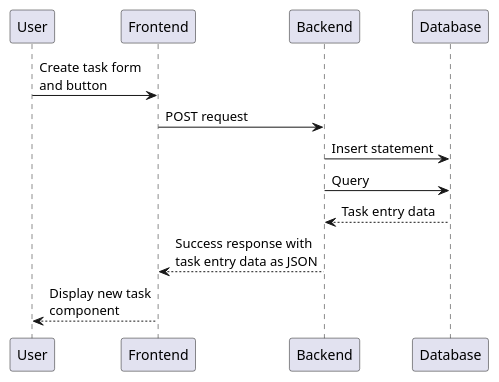
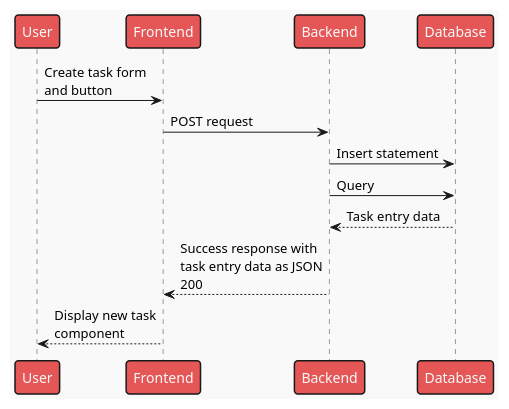
One commit to Toby-Rea/planner changed the third of 18 diagrams in docs/Sequences.puml. Above: the diagram before and after it, drawn with PlantUML. The commit also changed other lines of this file and 18 other files, not shown here.

Commit message:
added 404 responses to appropriate sequences and added mars theme to diagrams

```diff
--- a/docs/Sequences.puml
+++ b/docs/Sequences.puml
@@ -23,14 +25,15 @@
 @startuml Create new task
+!theme mars
 participant User as u
 participant Frontend as fe
 participant Backend as be
 participant Database as db
 
 u -> fe: Create task form\nand button
 fe -> be: POST request
 be -> db: Insert statement
 be -> db: Query
 be <-- db: Task entry data
-fe <-- be: Success response with\ntask entry data as JSON
+fe <-- be: Success response with\ntask entry data as JSON\n200
 u <-- fe: Display new task\ncomponent
 @enduml
```
